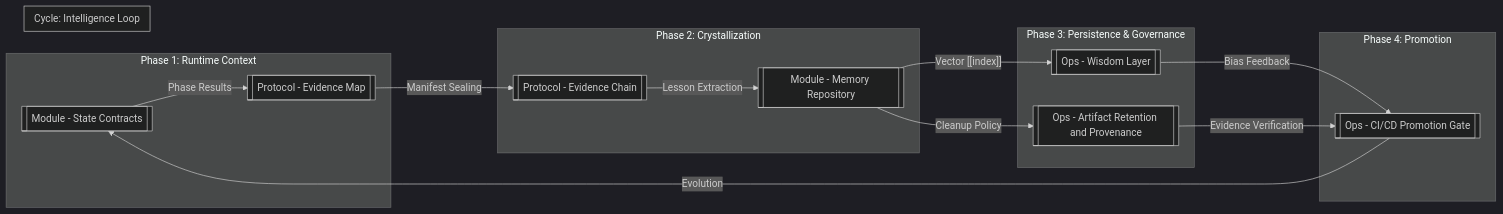
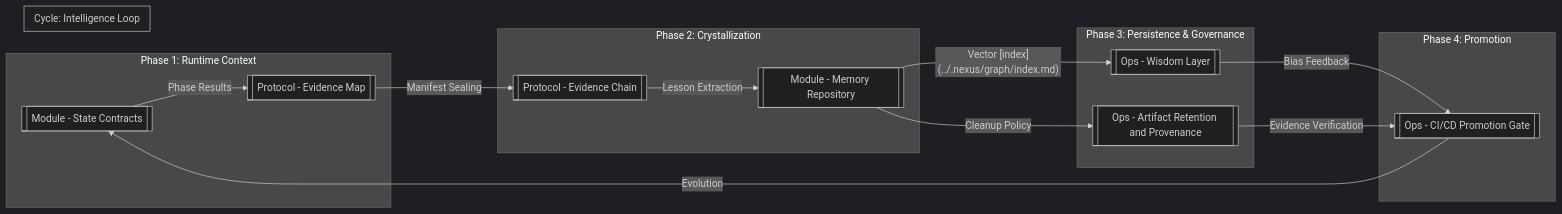
The diagram in nexus_wiki_vault/05_Protocols/Protocol - Knowledge Lineage.md (James3014/Nexus-new), drawn with Mermaid (dark theme) before and after one commit. The commit also changed other lines of this file and 133 other files, not shown here.

````diff
--- a/nexus_wiki_vault/05_Protocols/Protocol - Knowledge Lineage.md
+++ b/nexus_wiki_vault/05_Protocols/Protocol - Knowledge Lineage.md
@@ -50,25 +50,25 @@
 ```mermaid
 graph LR
     subgraph "Phase 1: Runtime Context"
         SC[["Module - State Contracts"]] --> |"Phase Results"| EM[["Protocol - Evidence Map"]]
     end
 
     subgraph "Phase 2: Crystallization"
         EM --> |"Manifest Sealing"| EC[["Protocol - Evidence Chain"]]
         EC --> |"Lesson Extraction"| MR[["Module - Memory Repository"]]
     end
 
     subgraph "Phase 3: Persistence & Governance"
-        MR --> |"Vector [[index]]"| WL[["Ops - Wisdom Layer"]]
+        MR --> |"Vector [index](../.nexus/graph/index.md)"| WL[["Ops - Wisdom Layer"]]
         MR --> |"Cleanup Policy"| RP[["Ops - Artifact Retention and Provenance"]]
     end
 
     subgraph "Phase 4: Promotion"
         WL --> |"Bias Feedback"| PG[["Ops - CI/CD Promotion Gate"]]
         RP --> |"Evidence Verification"| PG
     end
 
     subgraph "Cycle: Intelligence Loop"
         PG --> |"Evolution"| SC
     end
 ```
````
